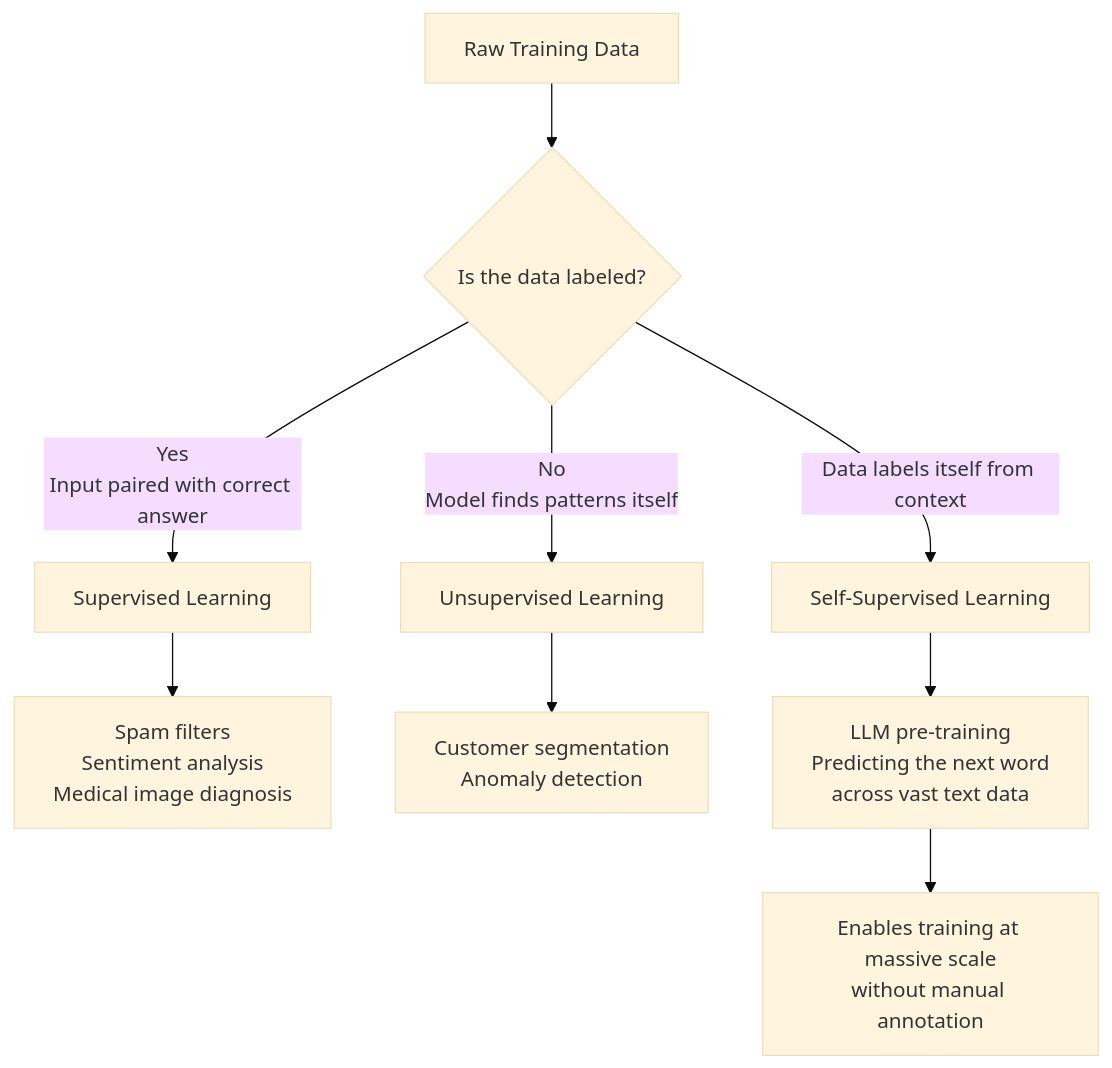
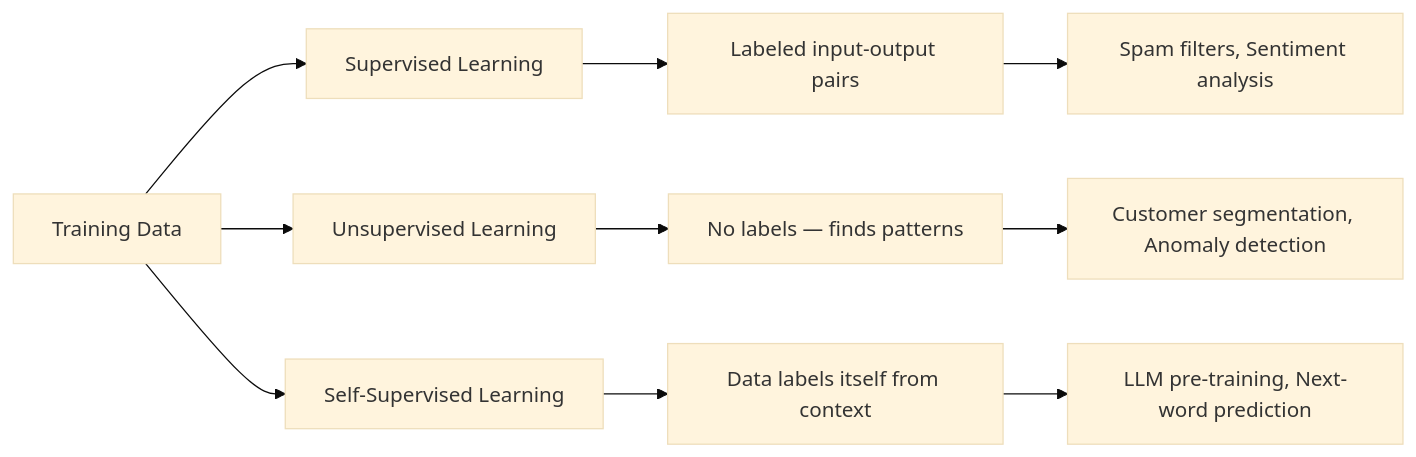
One commit to itsswatii/ai-learning changed the third of 5 diagrams in week-01/ai-fundamentals.md. Above: the diagram before and after it, drawn with Mermaid (base theme). The commit also changed other lines of this file and 1 other file, not shown here.

````diff
--- a/week-01/ai-fundamentals.md
+++ b/week-01/ai-fundamentals.md
@@ -135,14 +142,15 @@
 ```mermaid
-flowchart TD
-    A["Raw Training Data"] --> B{Is the data labeled?}
+flowchart LR
+    D[Training Data] --> SL[Supervised Learning]
+    D --> UL[Unsupervised Learning]
+    D --> SSL[Self-Supervised Learning]
 
-    B -->|"Yes\nInput paired with correct answer"| C["Supervised Learning"]
-    B -->|"No\nModel finds patterns itself"| D["Unsupervised Learning"]
-    B -->|"Data labels itself from context"| E["Self-Supervised Learning"]
+    SL --> SL1[Labeled input-output pairs]
+    SL1 --> SL2[Spam filters, Sentiment analysis]
 
-    C --> C1["Spam filters\nSentiment analysis\nMedical image diagnosis"]
-    D --> D1["Customer segmentation\nAnomaly detection"]
-    E --> E1["LLM pre-training\nPredicting the next word\nacross vast text data"]
+    UL --> UL1[No labels — finds patterns]
+    UL1 --> UL2[Customer segmentation, Anomaly detection]
 
-    E1 --> F["Enables training at massive scale\nwithout manual annotation"]
+    SSL --> SSL1[Data labels itself from context]
+    SSL1 --> SSL2[LLM pre-training, Next-word prediction]
 ```
````
